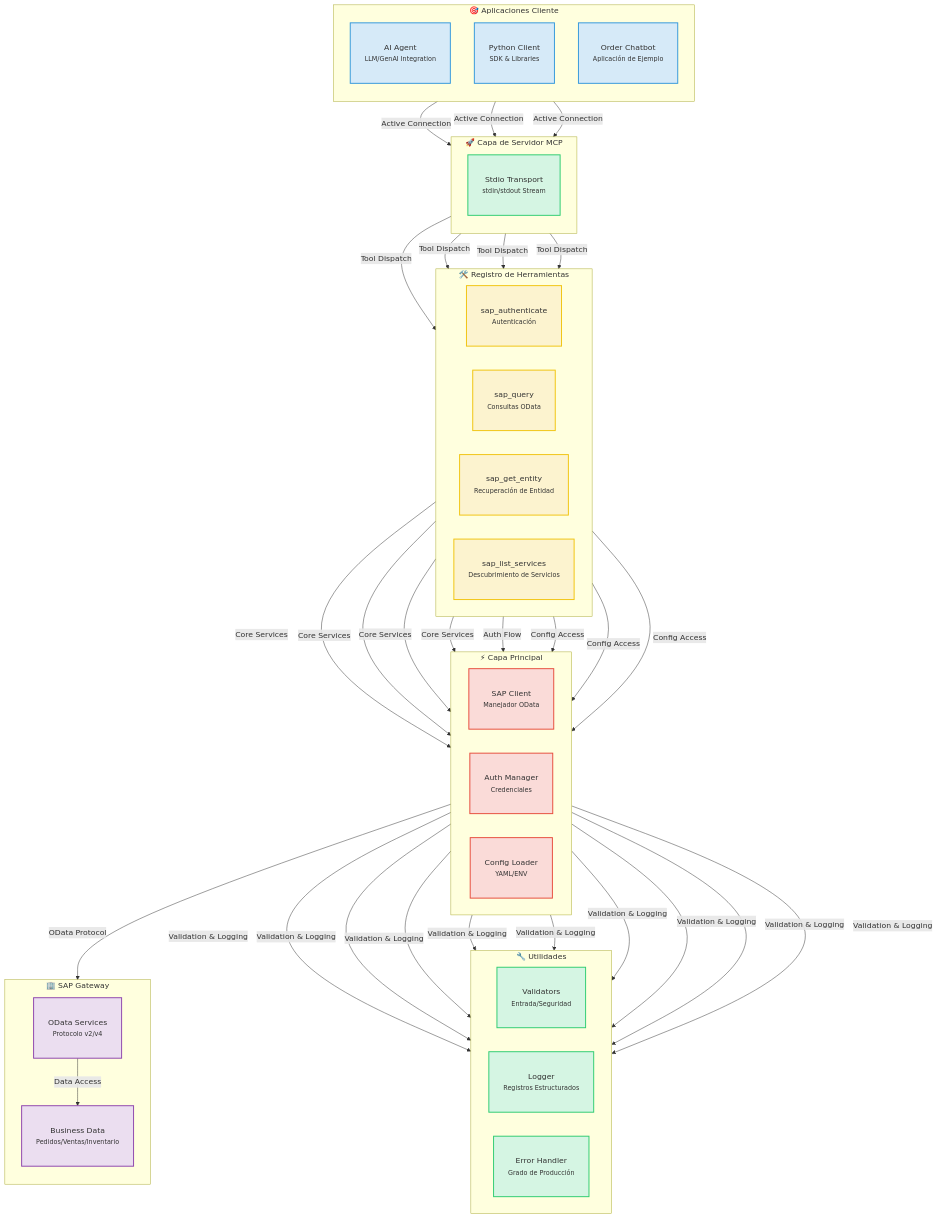
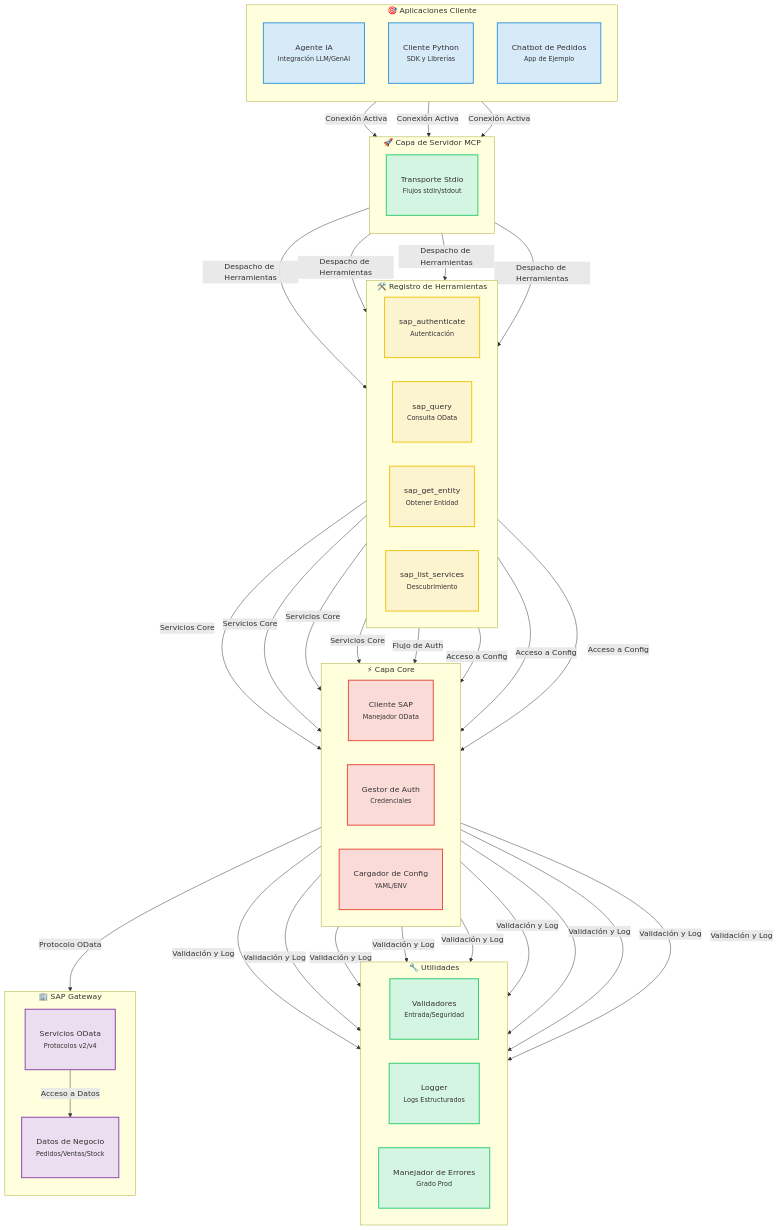
One commit to midasol/sap-mcp-server changed the first of 5 diagrams in README.es.md. Above: the diagram before and after it, drawn with Mermaid. The commit also changed other lines of this file and 7 other files, not shown here.

````diff
--- a/README.es.md
+++ b/README.es.md
@@ -41,66 +120,66 @@
 ```mermaid
 graph TB
     subgraph clients["🎯 Aplicaciones Cliente"]
         direction TB
-        A1["AI Agent<br/><small>LLM/GenAI Integration</small>"]
-        A2["Python Client<br/><small>SDK & Libraries</small>"]
-        A3["Order Chatbot<br/><small>Aplicación de Ejemplo</small>"]
+        A1["Agente IA<br/><small>Integración LLM/GenAI</small>"]
+        A2["Cliente Python<br/><small>SDK y Librerías</small>"]
+        A3["Chatbot de Pedidos<br/><small>App de Ejemplo</small>"]
     end
 
     subgraph transport["🚀 Capa de Servidor MCP"]
         direction TB
-        B1["Stdio Transport<br/><small>stdin/stdout Stream</small>"]
+        B1["Transporte Stdio<br/><small>Flujos stdin/stdout</small>"]
     end
 
     subgraph registry["🛠️ Registro de Herramientas"]
         direction LR
         C1["sap_authenticate<br/><small>Autenticación</small>"]
-        C2["sap_query<br/><small>Consultas OData</small>"]
-        C3["sap_get_entity<br/><small>Recuperación de Entidad</small>"]
-        C4["sap_list_services<br/><small>Descubrimiento de Servicios</small>"]
+        C2["sap_query<br/><small>Consulta OData</small>"]
+        C3["sap_get_entity<br/><small>Obtener Entidad</small>"]
+        C4["sap_list_services<br/><small>Descubrimiento</small>"]
     end
 
-    subgraph core["⚡ Capa Principal"]
+    subgraph core["⚡ Capa Core"]
         direction LR
-        D1["SAP Client<br/><small>Manejador OData</small>"]
-        D2["Auth Manager<br/><small>Credenciales</small>"]
-        D3["Config Loader<br/><small>YAML/ENV</small>"]
+        D1["Cliente SAP<br/><small>Manejador OData</small>"]
+        D2["Gestor de Auth<br/><small>Credenciales</small>"]
+        D3["Cargador de Config<br/><small>YAML/ENV</small>"]
     end
 
     subgraph utils["🔧 Utilidades"]
         direction LR
-        E1["Validators<br/><small>Entrada/Seguridad</small>"]
-        E2["Logger<br/><small>Registros Estructurados</small>"]
-        E3["Error Handler<br/><small>Grado de Producción</small>"]
+        E1["Validadores<br/><small>Entrada/Seguridad</small>"]
+        E2["Logger<br/><small>Logs Estructurados</small>"]
+        E3["Manejador de Errores<br/><small>Grado Prod</small>"]
     end
 
     subgraph sap["🏢 SAP Gateway"]
         direction TB
-        F1["OData Services<br/><small>Protocolo v2/v4</small>"]
-        F2["Business Data<br/><small>Pedidos/Ventas/Inventario</small>"]
+        F1["Servicios OData<br/><small>Protocolos v2/v4</small>"]
+        F2["Datos de Negocio<br/><small>Pedidos/Ventas/Stock</small>"]
     end
 
-    A1 & A2 & A3 -->|Active Connection| B1
-    B1 -->|Tool Dispatch| C1 & C2 & C3 & C4
-    C1 & C2 & C3 & C4 -->|Core Services| D1
-    C1 -->|Auth Flow| D2
-    C2 & C3 & C4 -->|Config Access| D3
-    D1 & D2 & D3 -->|Validation & Logging| E1 & E2 & E3
-    D1 -->|OData Protocol| F1
-    F1 -->|Data Access| F2
+    A1 & A2 & A3 -->|Conexión Activa| B1
+    B1 -->|Despacho de Herramientas| C1 & C2 & C3 & C4
+    C1 & C2 & C3 & C4 -->|Servicios Core| D1
+    C1 -->|Flujo de Auth| D2
+    C2 & C3 & C4 -->|Acceso a Config| D3
+    D1 & D2 & D3 -->|Validación y Log| E1 & E2 & E3
+    D1 -->|Protocolo OData| F1
+    F1 -->|Acceso a Datos| F2
 
     classDef clientNode fill:#D6EAF8,stroke:#3498DB,stroke-width:2px,padding:20px
     classDef transportNode fill:#D5F5E3,stroke:#2ECC71,stroke-width:2px,padding:20px
     classDef futureNode fill:#E8E8E8,stroke:#999999,stroke-width:2px,stroke-dasharray:5 5
     classDef toolNode fill:#FCF3CF,stroke:#F1C40F,stroke-width:2px,padding:20px
     classDef coreNode fill:#FADBD8,stroke:#E74C3C,stroke-width:2px,padding:20px
     classDef utilNode fill:#D5F5E3,stroke:#2ECC71,stroke-width:2px,padding:20px
     classDef sapNode fill:#EBDEF0,stroke:#8E44AD,stroke-width:2px,padding:20px
 
     class A1,A2,A3 clientNode
     class B1 transportNode
     class C1,C2,C3,C4 toolNode
     class D1,D2,D3 coreNode
     class E1,E2,E3 utilNode
     class F1,F2 sapNode
 ```
````
